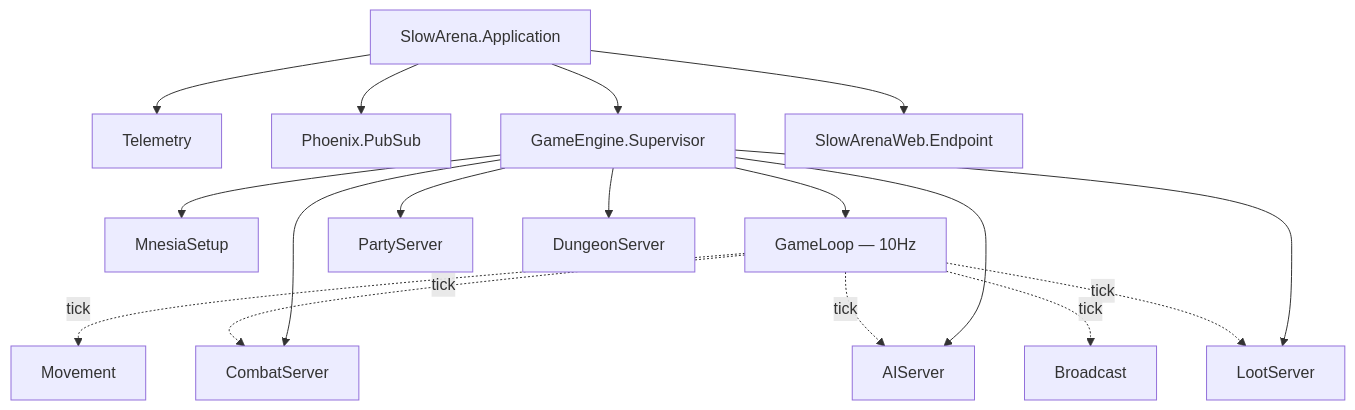
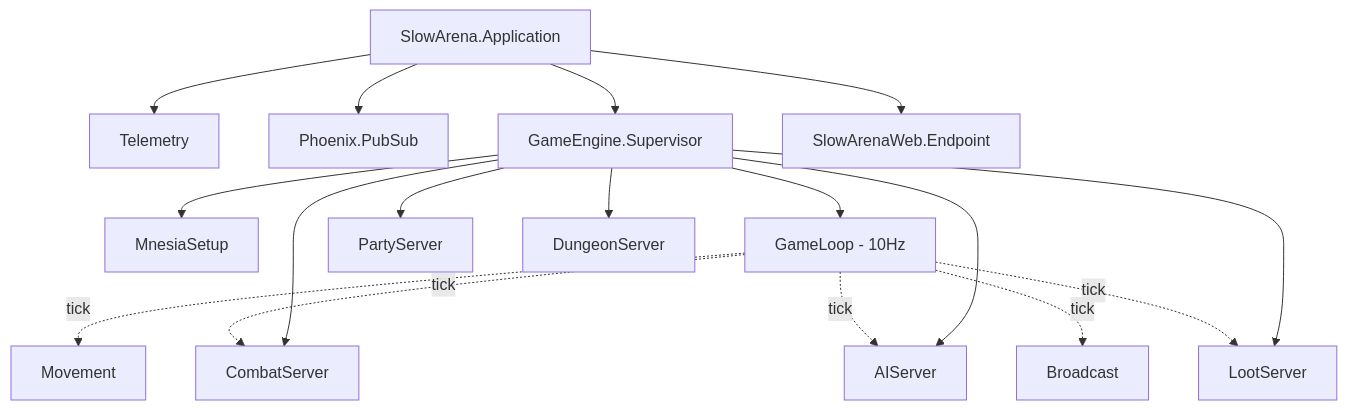
Before and after one commit to phiat/slow-arena: the first of 5 diagrams in README.md, drawn with Mermaid. The commit also changed other lines of this file, not shown here.

First line of the commit message:
Fix mermaid diagram rendering on GitHub

````diff
--- a/README.md
+++ b/README.md
@@ -18,21 +18,21 @@
 ```mermaid
 graph TD
     App[SlowArena.Application] --> Telemetry
     App --> PubSub[Phoenix.PubSub]
     App --> GE[GameEngine.Supervisor]
     App --> Web[SlowArenaWeb.Endpoint]
 
     GE --> Mnesia[MnesiaSetup]
-    GE --> Loop[GameLoop — 10Hz]
+    GE --> Loop["GameLoop - 10Hz"]
     GE --> Combat[CombatServer]
     GE --> AI[AIServer]
     GE --> Loot[LootServer]
     GE --> Party[PartyServer]
     GE --> Dungeon[DungeonServer]
 
     Loop -.->|tick| Movement
     Loop -.->|tick| AI
     Loop -.->|tick| Combat
     Loop -.->|tick| Loot
     Loop -.->|tick| Broadcast
 ```
````
